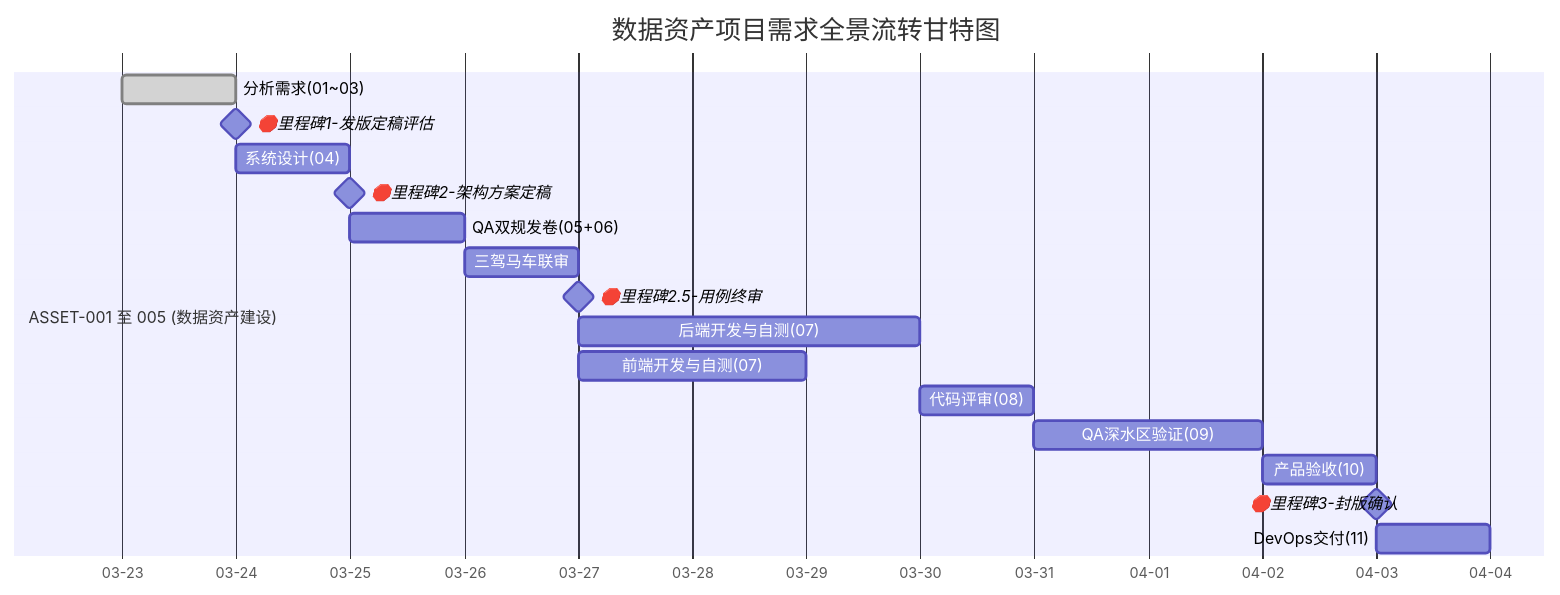
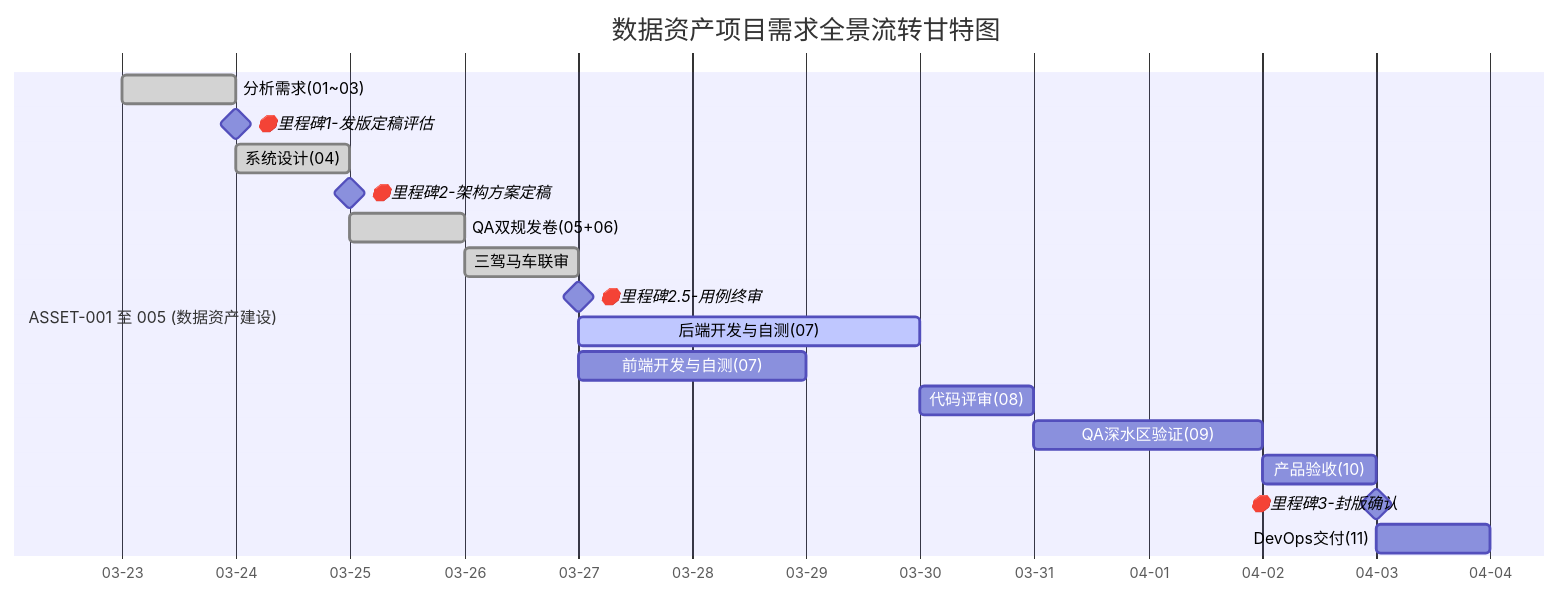
One commit to cheng-1023/om-175-ym changed the diagram in docs/00-需求跟踪.md. Above: the diagram before and after it, drawn with Mermaid. The commit also changed 2 other files, not shown here.

Commit message:
docs(asset): add QA double-track test cases (05 & 06) and complete tri-amigos review

````diff
--- a/docs/00-需求跟踪.md
+++ b/docs/00-需求跟踪.md
@@ -5,22 +5,22 @@
 ```mermaid
 gantt
     title 数据资产项目需求全景流转甘特图
     dateFormat  YYYY-MM-DD
     axisFormat  %m-%d
 
     section ASSET-001 至 005 (数据资产建设)
     分析需求(01~03)        :done, a1, 2026-03-23, 1d
     🛑里程碑1-发版定稿评估  :milestone, m1, after a1, 0d
-    系统设计(04)            :a2, after a1, 1d
+    系统设计(04)            :done, a2, after a1, 1d
     🛑里程碑2-架构方案定稿  :milestone, m2, after a2, 0d
-    QA双规发卷(05+06)       :a3, after a2, 1d
-    三驾马车联审             :a4, after a3, 1d
+    QA双规发卷(05+06)       :done, a3, after a2, 1d
+    三驾马车联审             :done, a4, after a3, 1d
     🛑里程碑2.5-用例终审    :milestone, m3, after a4, 0d
-    后端开发与自测(07)       :a5, after a4, 3d
+    后端开发与自测(07)       :active, a5, after a4, 3d
     前端开发与自测(07)       :a6, after a4, 2d
     代码评审(08)             :a7, after a5 a6, 1d
     QA深水区验证(09)         :a8, after a7, 2d
     产品验收(10)             :a9, after a8, 1d
     🛑里程碑3-封版确认      :milestone, m4, after a9, 0d
     DevOps交付(11)           :a10, after a9, 1d
 ```
````
